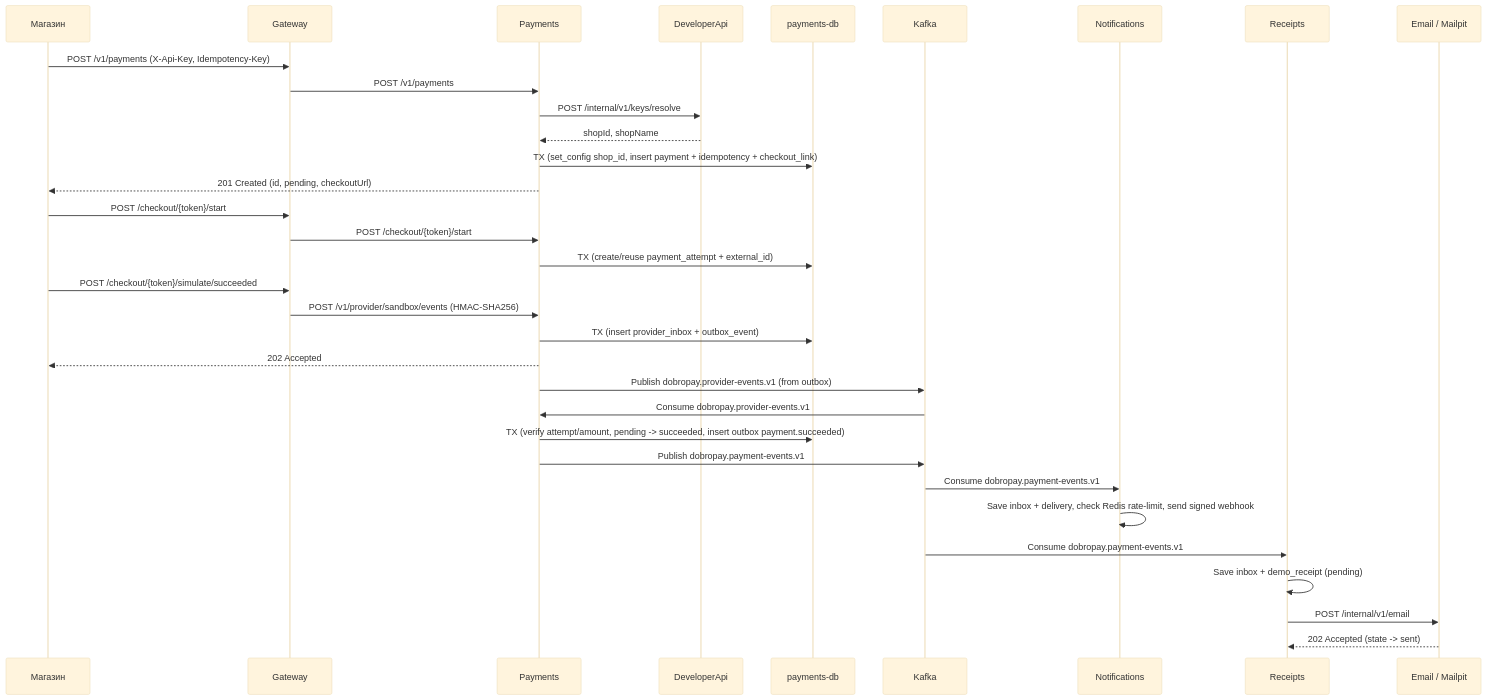
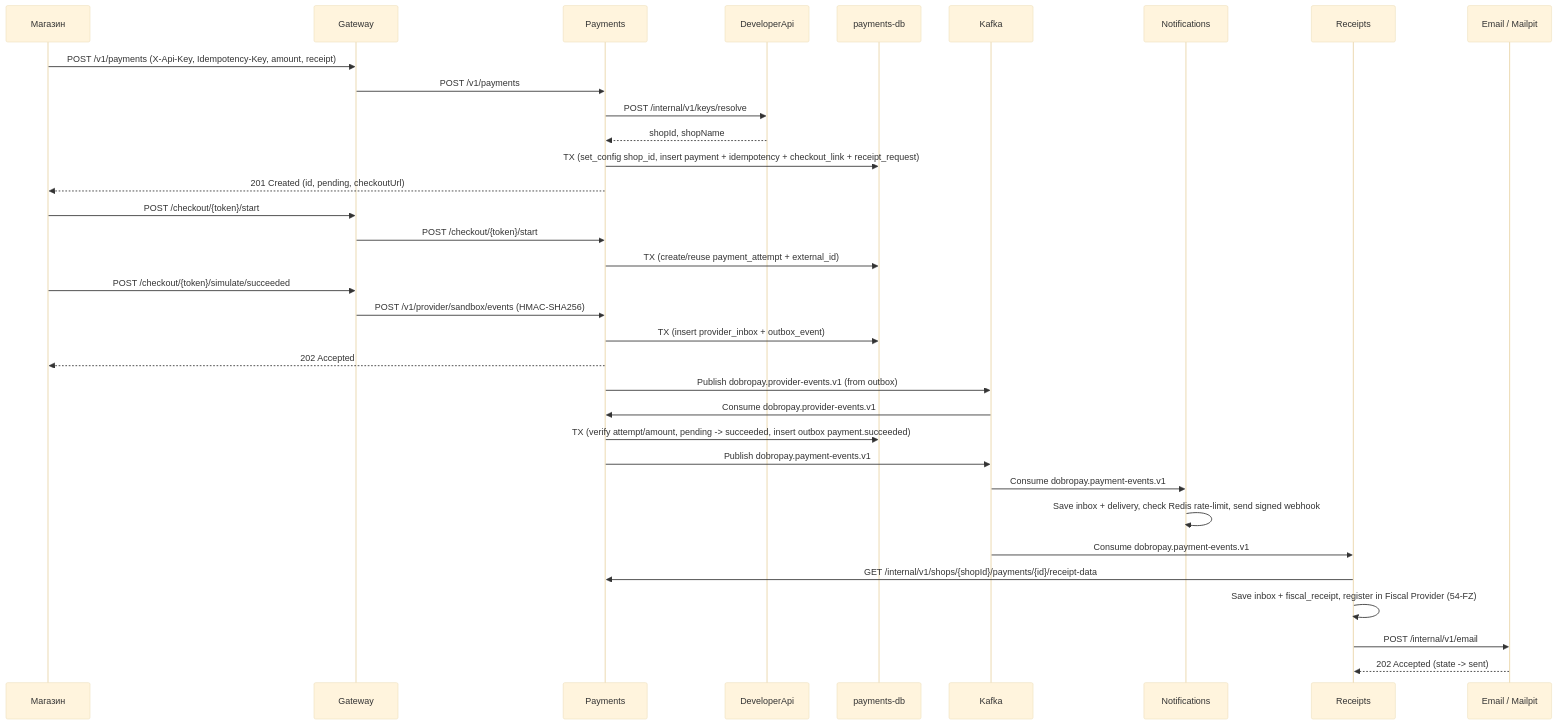
The fourth of 4 diagrams in docs/architecture.md (akkne/dobropay), drawn with Mermaid (base theme) before and after one commit. The commit also changed other lines of this file and 5 other files, not shown here.

Commit message:
docs(architecture): add YooKassa analysis, FE/BE roadmaps, and API/Kafka/webhook schemas

````diff
--- a/docs/architecture.md
+++ b/docs/architecture.md
@@ -56,41 +196,42 @@
 ```mermaid
 sequenceDiagram
   participant Shop as Магазин
   participant GW as Gateway
   participant Pay as Payments
   participant Dev as DeveloperApi
   participant PayDB as payments-db
   participant Kafka as Kafka
   participant Notif as Notifications
   participant Rec as Receipts
   participant Email as Email / Mailpit
 
-  Shop->>GW: POST /v1/payments (X-Api-Key, Idempotency-Key)
+  Shop->>GW: POST /v1/payments (X-Api-Key, Idempotency-Key, amount, receipt)
   GW->>Pay: POST /v1/payments
   Pay->>Dev: POST /internal/v1/keys/resolve
   Dev-->>Pay: shopId, shopName
-  Pay->>PayDB: TX (set_config shop_id, insert payment + idempotency + checkout_link)
+  Pay->>PayDB: TX (set_config shop_id, insert payment + idempotency + checkout_link + receipt_request)
   Pay-->>Shop: 201 Created (id, pending, checkoutUrl)
 
   Shop->>GW: POST /checkout/{token}/start
   GW->>Pay: POST /checkout/{token}/start
   Pay->>PayDB: TX (create/reuse payment_attempt + external_id)
 
   Shop->>GW: POST /checkout/{token}/simulate/succeeded
   GW->>Pay: POST /v1/provider/sandbox/events (HMAC-SHA256)
   Pay->>PayDB: TX (insert provider_inbox + outbox_event)
   Pay-->>Shop: 202 Accepted
 
   Pay->>Kafka: Publish dobropay.provider-events.v1 (from outbox)
   Kafka->>Pay: Consume dobropay.provider-events.v1
   Pay->>PayDB: TX (verify attempt/amount, pending -> succeeded, insert outbox payment.succeeded)
   Pay->>Kafka: Publish dobropay.payment-events.v1
 
   Kafka->>Notif: Consume dobropay.payment-events.v1
   Notif->>Notif: Save inbox + delivery, check Redis rate-limit, send signed webhook
 
   Kafka->>Rec: Consume dobropay.payment-events.v1
-  Rec->>Rec: Save inbox + demo_receipt (pending)
+  Rec->>Pay: GET /internal/v1/shops/{shopId}/payments/{id}/receipt-data
+  Rec->>Rec: Save inbox + fiscal_receipt, register in Fiscal Provider (54-FZ)
   Rec->>Email: POST /internal/v1/email
   Email-->>Rec: 202 Accepted (state -> sent)
 ```
````
